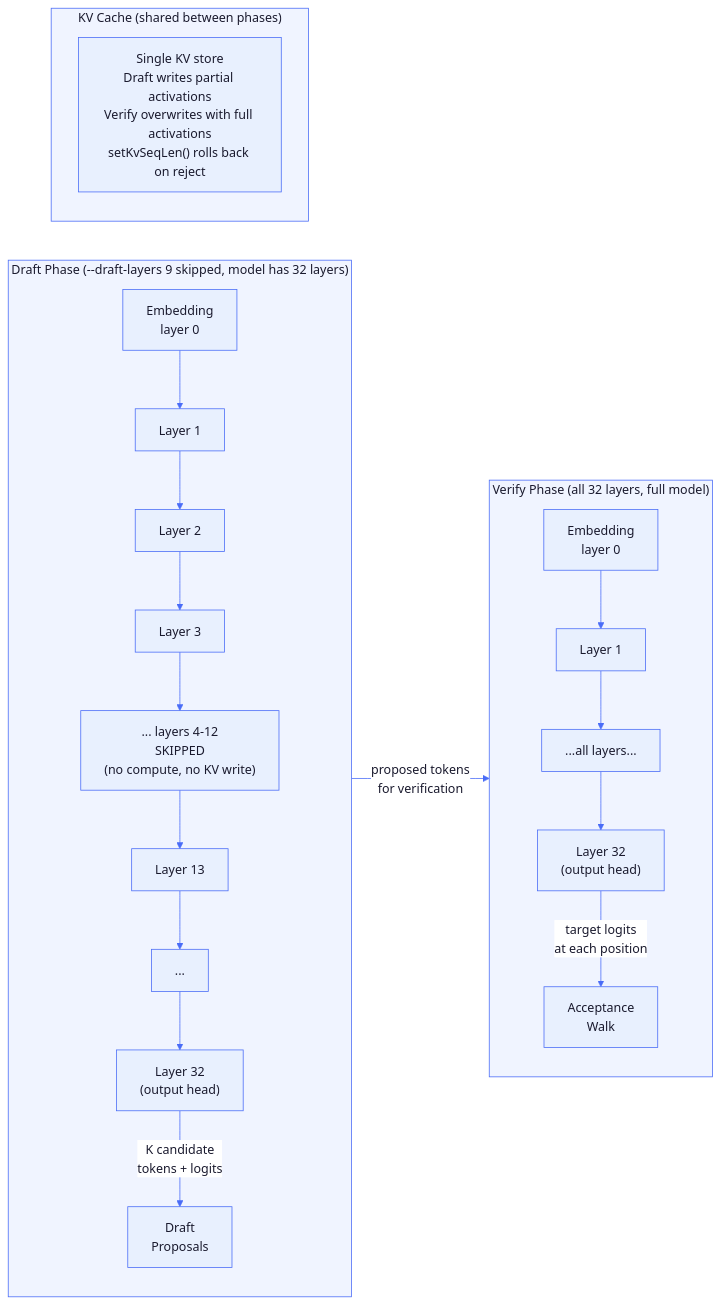
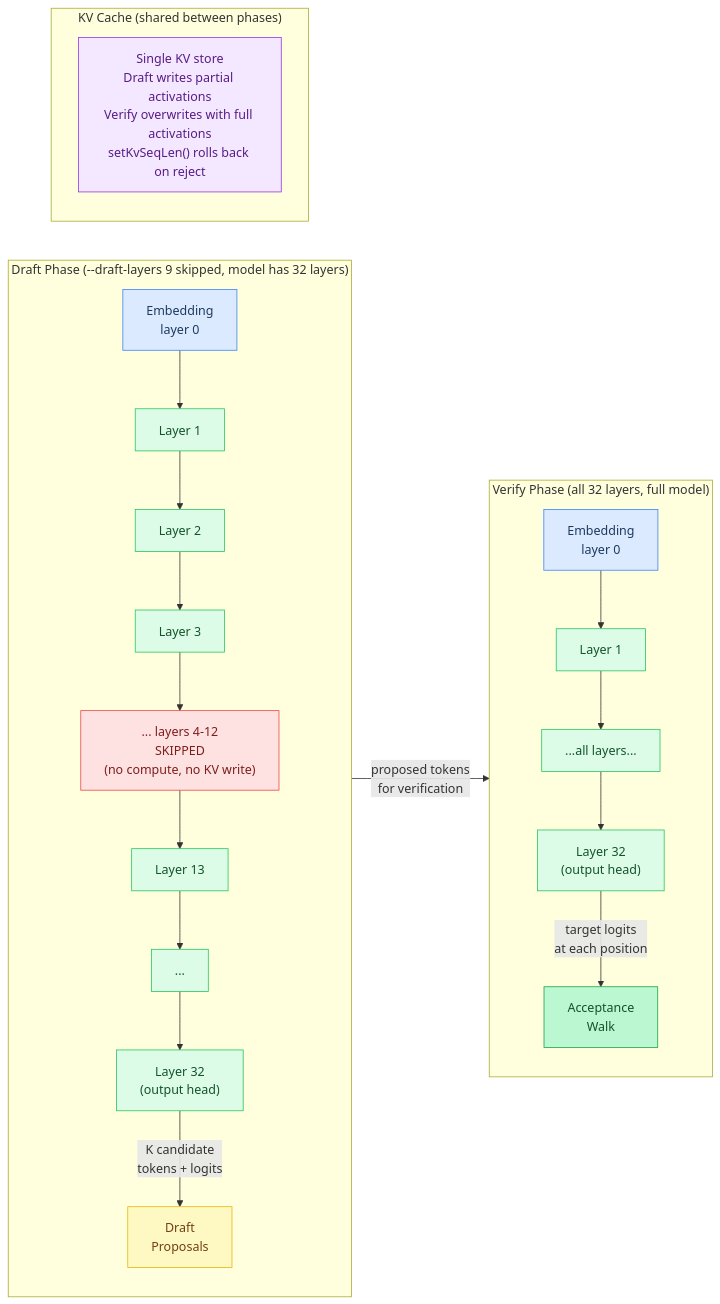
One commit to maci0/agave changed the eighth of 10 diagrams in docs/tutorial/17-speculative-decoding.md. Above: the diagram before and after it, drawn with Mermaid. The commit also changed other lines of this file and 24 other files, not shown here.

First line of the commit message:
docs: convert all mermaid diagrams to classDef semantic colors

````diff
--- a/docs/tutorial/17-speculative-decoding.md
+++ b/docs/tutorial/17-speculative-decoding.md
@@ -464,46 +451,41 @@
 ```mermaid
-%%{init: {'theme': 'base', 'themeVariables': {
-  'primaryColor': '#e8f0fe',
-  'primaryTextColor': '#1a1a2e',
-  'primaryBorderColor': '#4a6cf7',
-  'lineColor': '#4a6cf7',
-  'secondaryColor': '#f0f4ff',
-  'tertiaryColor': '#f8f9ff',
-  'edgeLabelBackground': '#ffffff',
-  'clusterBkg': '#f0f4ff',
-  'clusterBorder': '#4a6cf7',
-  'titleColor': '#1a1a2e',
-  'nodeTextColor': '#1a1a2e',
-  'fontFamily': 'ui-monospace, SFMono-Regular, monospace'
-}}}%%
 flowchart LR
+    classDef setup     fill:#dbeafe,stroke:#3b82f6,color:#1e3a5f
+    classDef sync      fill:#dcfce7,stroke:#22c55e,color:#14532d
+    classDef migration fill:#fef9c3,stroke:#eab308,color:#713f12
+    classDef success   fill:#bbf7d0,stroke:#16a34a,color:#14532d
+    classDef danger    fill:#fee2e2,stroke:#ef4444,color:#7f1d1d
+    classDef optional  fill:#f3e8ff,stroke:#9333ea,color:#581c87
+
     subgraph DraftPhase["Draft Phase (--draft-layers 9 skipped, model has 32 layers)"]
         direction TB
-        DE["Embedding\nlayer 0"]
-        D1["Layer 1"]
-        D2["Layer 2"]
-        D3["Layer 3"]
-        DSKIP["... layers 4-12\nSKIPPED\n(no compute, no KV write)"]
-        D13["Layer 13"]
-        D14["..."]
-        D32["Layer 32\n(output head)"]
+        DE["Embedding\nlayer 0"]:::setup
+        D1["Layer 1"]:::sync
+        D2["Layer 2"]:::sync
+        D3["Layer 3"]:::sync
+        DSKIP["... layers 4-12\nSKIPPED\n(no compute, no KV write)"]:::danger
+        D13["Layer 13"]:::sync
+        D14["..."]:::sync
+        D32["Layer 32\n(output head)"]:::sync
+        DraftOut["Draft\nProposals"]:::migration
         DE --> D1 --> D2 --> D3 --> DSKIP --> D13 --> D14 --> D32
-        D32 -->|"K candidate\ntokens + logits"| DraftOut["Draft\nProposals"]
+        D32 -->|"K candidate\ntokens + logits"| DraftOut
     end
 
     subgraph VerifyPhase["Verify Phase (all 32 layers, full model)"]
         direction TB
-        VE["Embedding\nlayer 0"]
-        V1["Layer 1"]
-        V2["...all layers..."]
-        V32["Layer 32\n(output head)"]
+        VE["Embedding\nlayer 0"]:::setup
+        V1["Layer 1"]:::sync
+        V2["...all layers..."]:::sync
+        V32["Layer 32\n(output head)"]:::sync
+        VerifyOut["Acceptance\nWalk"]:::success
         VE --> V1 --> V2 --> V32
-        V32 -->|"target logits\nat each position"| VerifyOut["Acceptance\nWalk"]
+        V32 -->|"target logits\nat each position"| VerifyOut
     end
 
     DraftOut -->|"proposed tokens\nfor verification"| VerifyPhase
 
     subgraph Memory["KV Cache (shared between phases)"]
-        KV["Single KV store\nDraft writes partial activations\nVerify overwrites with full activations\nsetKvSeqLen() rolls back on reject"]
+        KV["Single KV store\nDraft writes partial activations\nVerify overwrites with full activations\nsetKvSeqLen() rolls back on reject"]:::optional
     end
 ```
````
